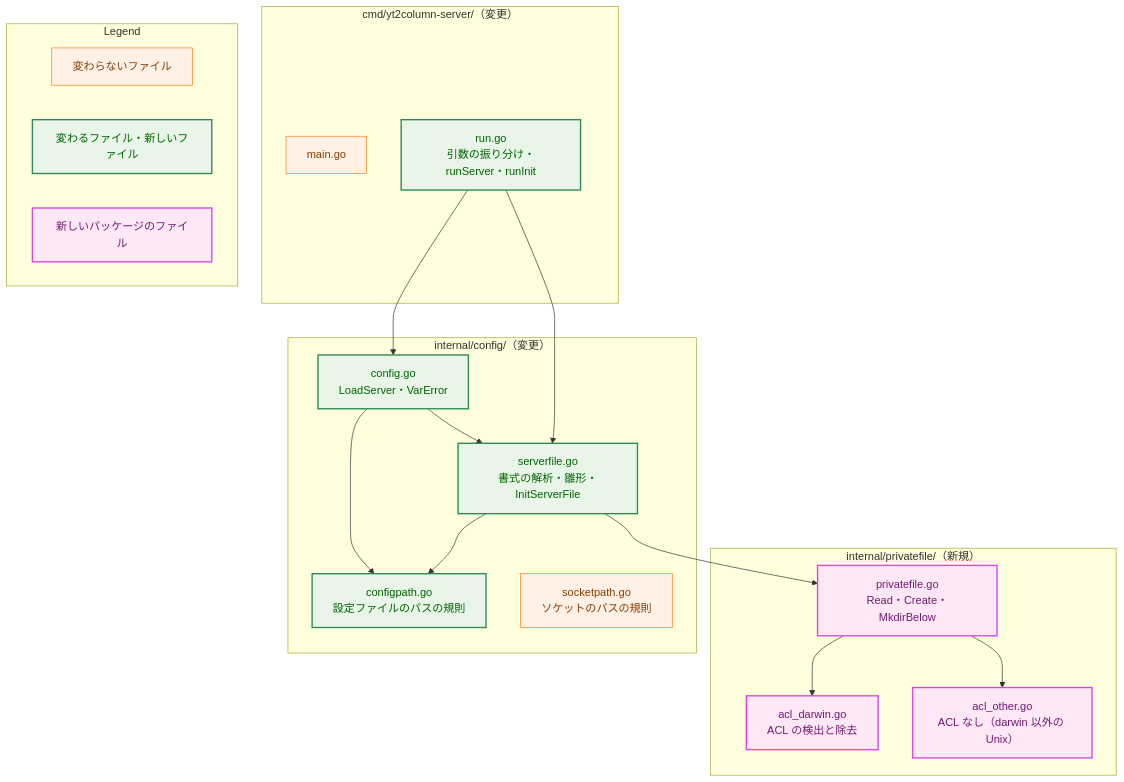
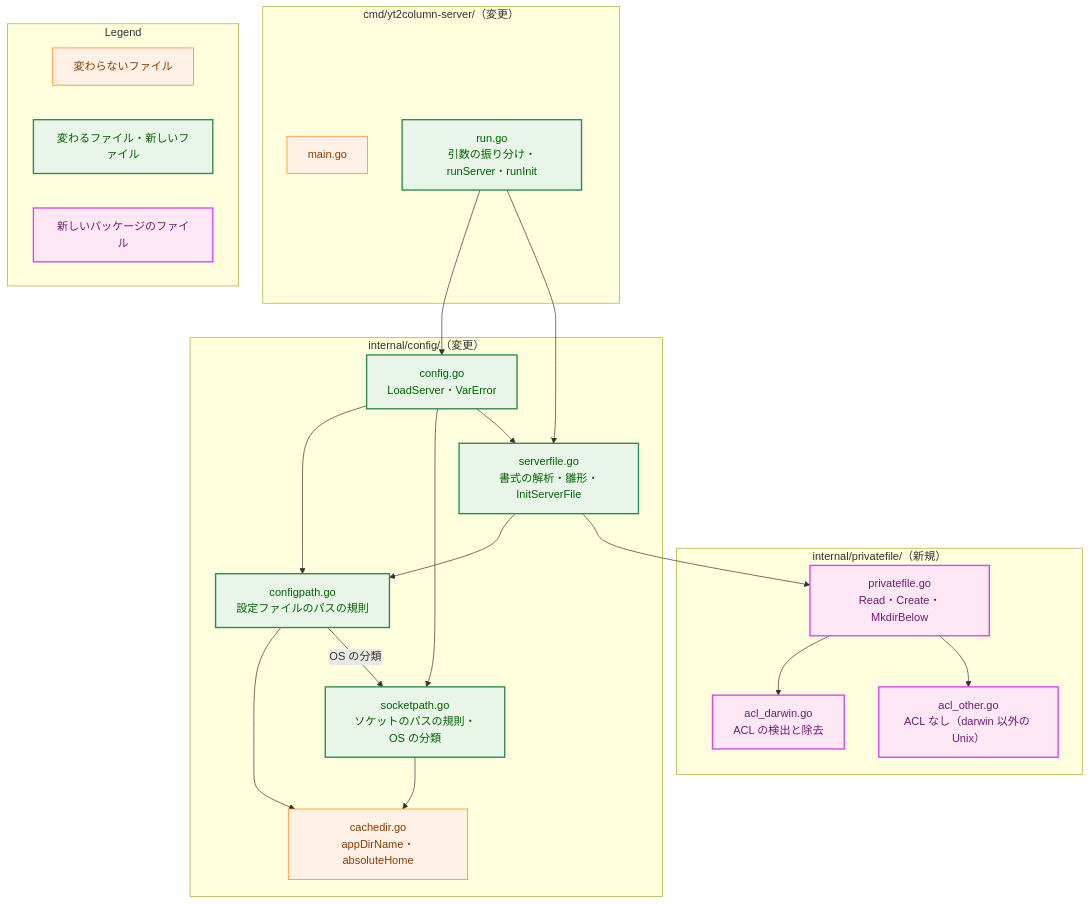
One commit to isseis/yt2column changed the third of 7 diagrams in docs/tasks/0066_server_config_file/02_architecture.md. Above: the diagram before and after it, drawn with Mermaid. The commit also changed other lines of this file and 1 other file, not shown here.

First line of the commit message:
docs(0066): address the architecture review and the prose pass

````diff
--- a/docs/tasks/0066_server_config_file/02_architecture.md
+++ b/docs/tasks/0066_server_config_file/02_architecture.md
@@ -132,46 +136,52 @@
 ```mermaid
 graph TB
     classDef process fill:#fff1e6,stroke:#ff7f0e,stroke-width:1px,color:#8a3e00;
     classDef enhanced fill:#e8f5e8,stroke:#2e8b57,stroke-width:2px,color:#006400;
     classDef newpkg fill:#ffe8f5,stroke:#d946ef,stroke-width:2px,color:#701a75;
 
     subgraph pkg_pf ["internal/privatefile/（新規）"]
         PF1["privatefile.go<br>Read・Create・MkdirBelow"]
         PF2["acl_darwin.go<br>ACL の検出と除去"]
         PF3["acl_other.go<br>ACL なし（darwin 以外の Unix）"]
     end
 
     subgraph pkg_cfg ["internal/config/（変更）"]
         C1["config.go<br>LoadServer・VarError"]
         C2["serverfile.go<br>書式の解析・雛形・InitServerFile"]
         C3["configpath.go<br>設定ファイルのパスの規則"]
-        C4["socketpath.go<br>ソケットのパスの規則"]
+        C4["socketpath.go<br>ソケットのパスの規則・OS の分類"]
+        C5["cachedir.go<br>appDirName・absoluteHome"]
     end
 
     subgraph pkg_srv ["cmd/yt2column-server/（変更）"]
         S1["main.go"]
         S2["run.go<br>引数の振り分け・runServer・runInit"]
     end
 
     S2 --> C1
     S2 --> C2
     C1 --> C3
+    C1 --> C4
     C2 --> C3
     C1 --> C2
+    C3 --> C5
+    C3 -->|"OS の分類"| C4
+    C4 --> C5
     C2 --> PF1
     PF1 --> PF2
     PF1 --> PF3
 
     class PF1,PF2,PF3 newpkg
     class C1,C2,C3,S2 enhanced
-    class C4,S1 process
+    class C5,S1 process
+    class C4 enhanced
 
     subgraph Legend["Legend"]
         L1["変わらないファイル"]
         L2["変わるファイル・新しいファイル"]
         L3["新しいパッケージのファイル"]
     end
     class L1 process
     class L2 enhanced
     class L3 newpkg
 ```
````
